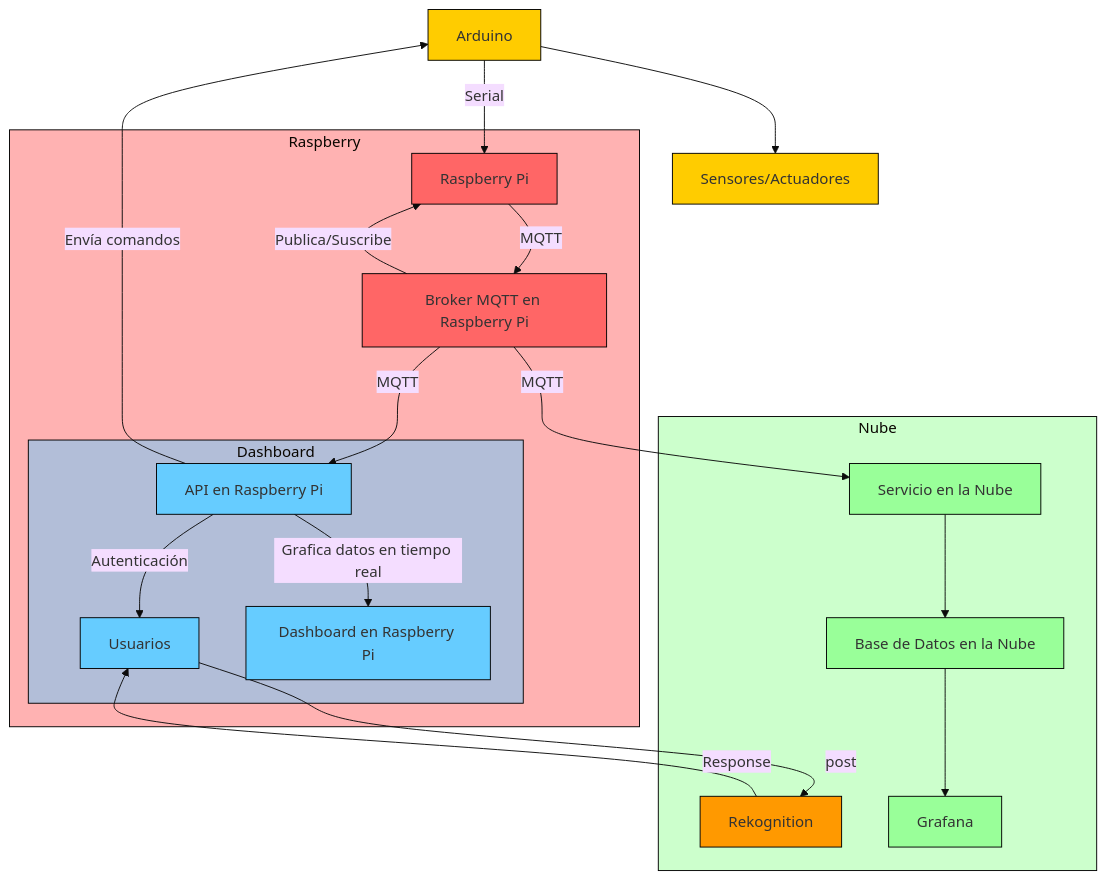
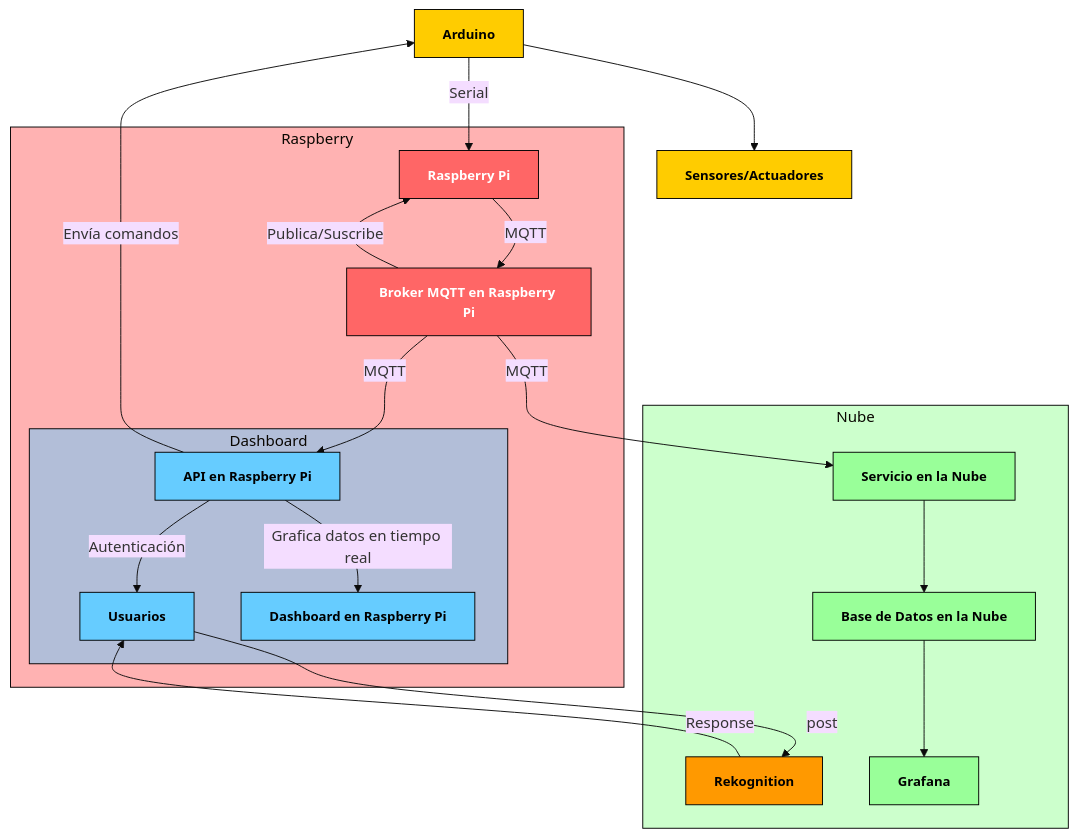
The first of 2 diagrams in Fase3/README.md (DiegoCali/ARQUI2B_1S2025_G9), drawn with Mermaid (base theme) before and after one commit.

Commit message:
fixed: bold letter

````diff
--- a/Fase3/README.md
+++ b/Fase3/README.md
@@ -10,38 +10,38 @@
 ```mermaid
 graph TD;
     A[Arduino] -- Serial --> B[Raspberry Pi];
     A --> W[Sensores/Actuadores];
     subgraph Raspberry
         style Raspberry fill:#ff666680,stroke:#000;
         B -- MQTT --> C[Broker MQTT en Raspberry Pi];
         C -- Publica/Suscribe --> B;
         C -- MQTT --> D[API en Raspberry Pi];
         subgraph Dashboard
             style Dashboard fill:#66ccff80,stroke:#000;
             D -- Autenticación --> E[Usuarios];
             D -- Grafica datos en tiempo real --> F[Dashboard en Raspberry Pi];
         end
     end
     D -- Envía comandos --> A;
     C -- MQTT --> G[Servicio en la Nube];
     subgraph Nube
         style Nube fill:#99ff9980,stroke:#000;
         AWS[Rekognition] -- Response --> E;
         E -- post --> AWS;
         G[Servicio en la Nube] --> H[Base de Datos en la Nube];
         H --> I[Grafana];
     end
     
     %% Estilos de color
-    classDef arduino fill:#ffcc00,stroke:#000;
-    classDef raspberry fill:#ff6666,stroke:#000;
-    classDef dashboard fill:#66ccff,stroke:#000;
-    classDef nube fill:#99ff99,stroke:#000;
-    classDef aws fill:#ff9900,stroke:#000;
+    classDef arduino fill:#ffcc00,stroke:#000,color:#000,font-weight:bold,font-size:14px;
+    classDef raspberry fill:#ff6666,stroke:#000,color:#fff,font-weight:bold,font-size:14px;
+    classDef dashboard fill:#66ccff,stroke:#000,color:#000,font-weight:bold,font-size:14px;
+    classDef nube fill:#99ff99,stroke:#000,color:#000,font-weight:bold,font-size:14px;
+    classDef aws fill:#ff9900,stroke:#000,color:#000,font-weight:bold,font-size:14px;
     
     class A,W arduino;
     class B,C raspberry;
     class D,E,F dashboard;
     class G,H,I nube;
     class AWS aws;
 ```
````
